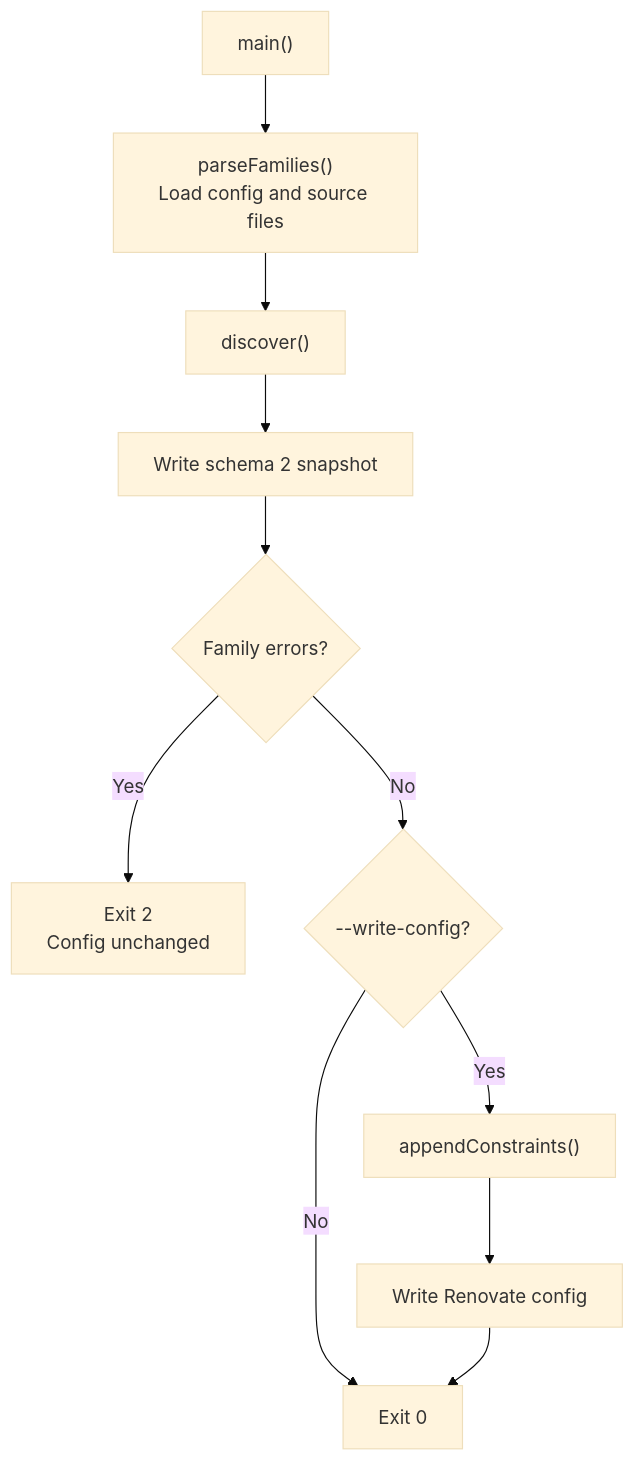
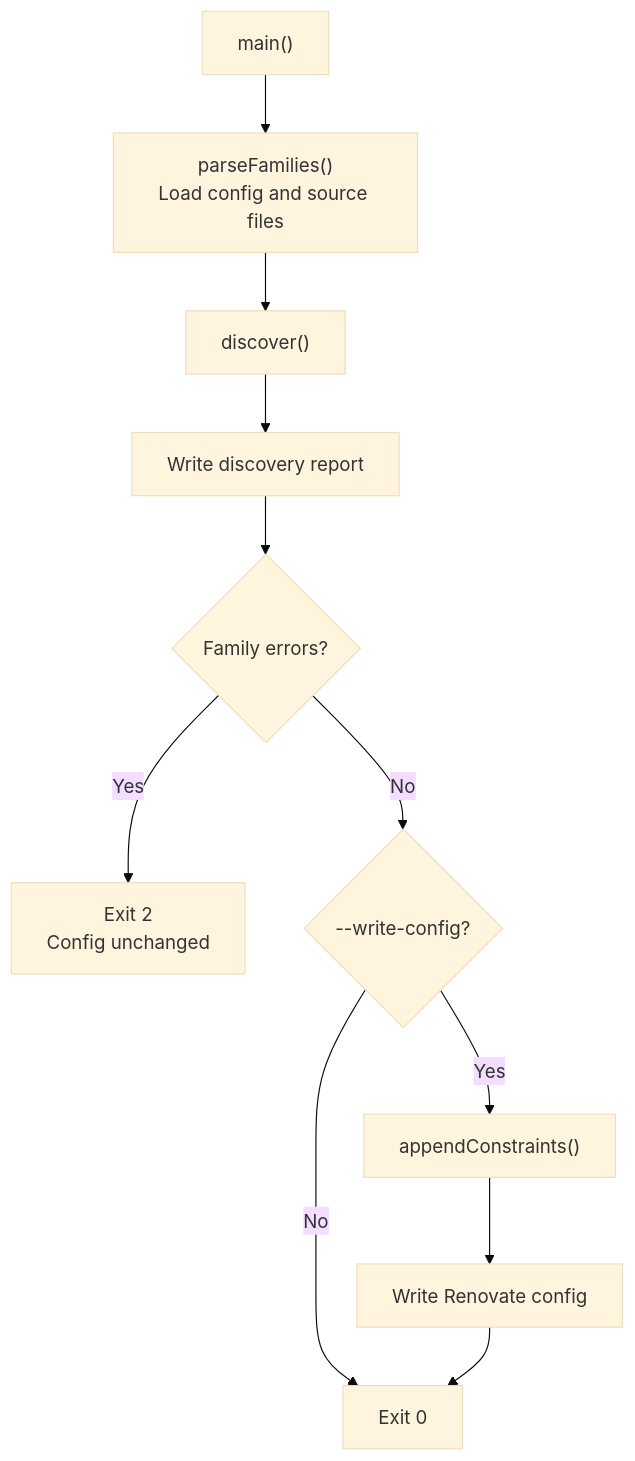
One commit to defenseunicorns/uds-core changed the first of 3 diagrams in scripts/renovate/README.md. Above: the diagram before and after it, drawn with Mermaid (base theme). The commit also changed other lines of this file and 11 other files, not shown here.

````diff
--- a/scripts/renovate/README.md
+++ b/scripts/renovate/README.md
@@ -51,13 +65,13 @@
 ```mermaid
 flowchart TD
     main["main()"] --> inputs["parseFamilies()<br/>Load config and source files"]
     inputs --> discover["discover()"]
-    discover --> snapshot["Write schema 2 snapshot"]
-    snapshot --> errors{"Family errors?"}
+    discover --> report["Write discovery report"]
+    report --> errors{"Family errors?"}
     errors -->|Yes| exit2["Exit 2<br/>Config unchanged"]
     errors -->|No| write{"--write-config?"}
     write -->|No| exit0["Exit 0"]
     write -->|Yes| append["appendConstraints()"]
     append --> config["Write Renovate config"]
     config --> exit0
 ```
````
